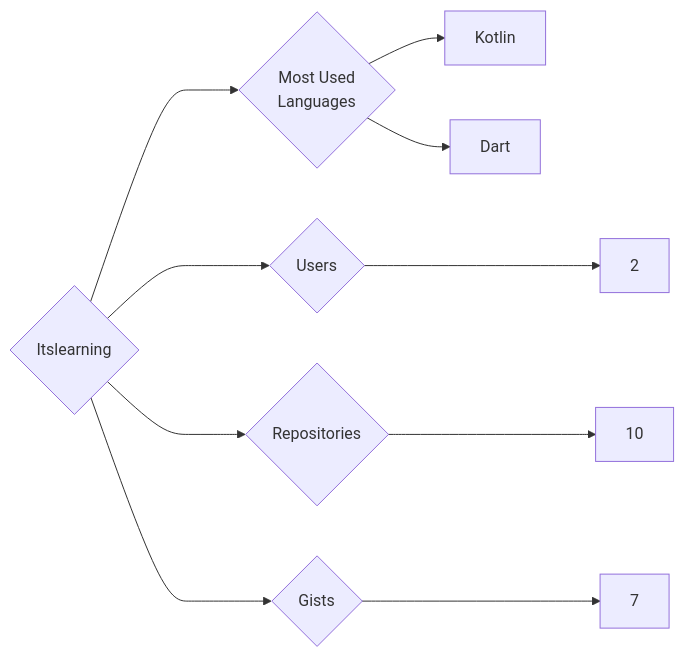
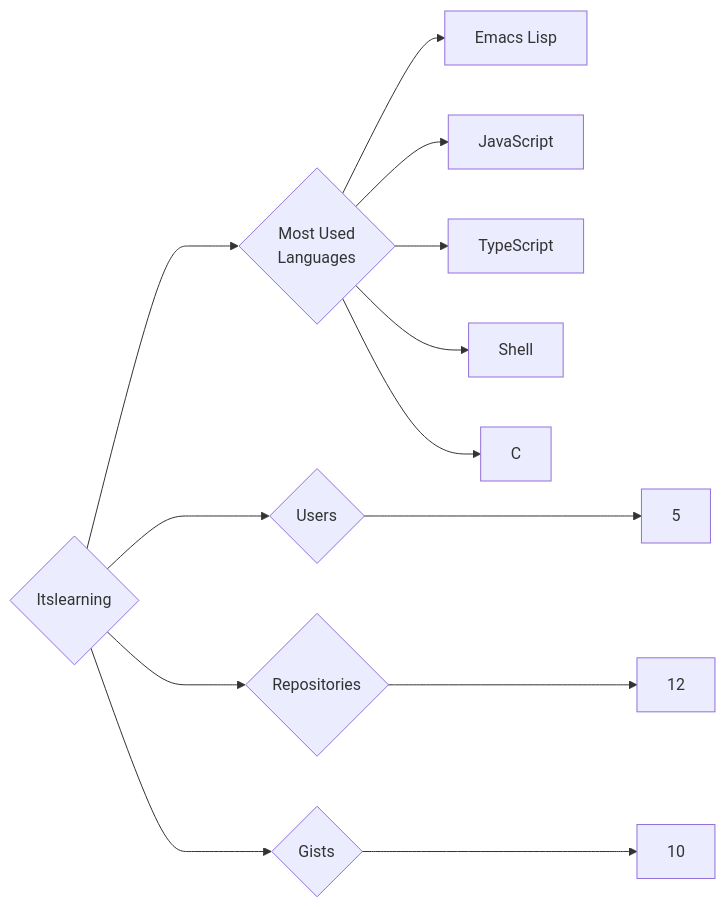
One commit to trickest/insiders changed the diagram in targets/Itslearning/README.md. Above: the diagram before and after it, drawn with Mermaid. The commit also changed 891 other files, not shown here.

````diff
--- a/targets/Itslearning/README.md
+++ b/targets/Itslearning/README.md
@@ -3,10 +3,13 @@
 ```mermaid
 graph LR
 COMPANY_NAME{Itslearning}
-COMPANY_NAME ---> U{Users} ---> UN[2]
-COMPANY_NAME ---> R{Repositories} ---> RN[10]
-COMPANY_NAME ---> G{Gists} ---> GN[7]
+COMPANY_NAME ---> U{Users} ---> UN[5]
+COMPANY_NAME ---> R{Repositories} ---> RN[12]
+COMPANY_NAME ---> G{Gists} ---> GN[10]
 COMPANY_NAME ---> ML{Most Used<br>Languages}
-ML --> Kotlin[Kotlin]
-ML --> Dart[Dart]
+ML --> Emacs_Lisp[Emacs Lisp]
+ML --> JavaScript[JavaScript]
+ML --> TypeScript[TypeScript]
+ML --> Shell[Shell]
+ML --> C[C]
 ```
````
